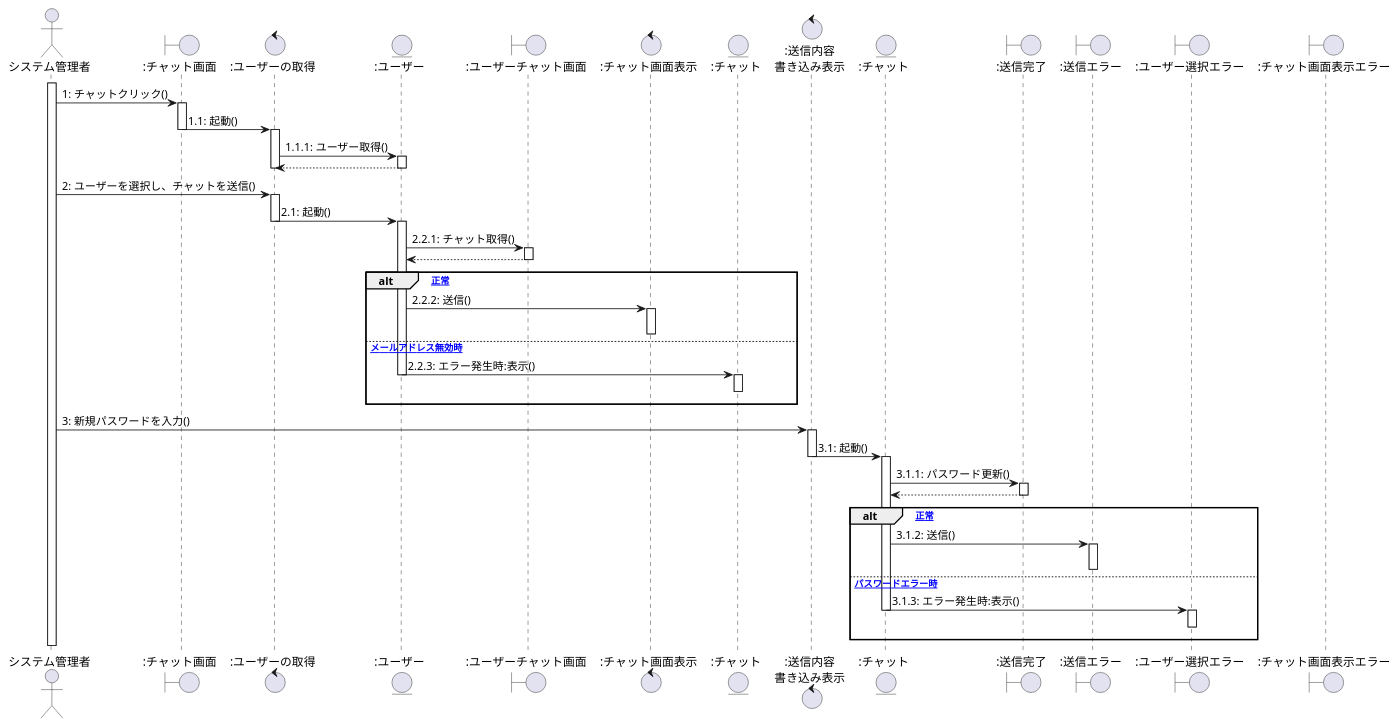
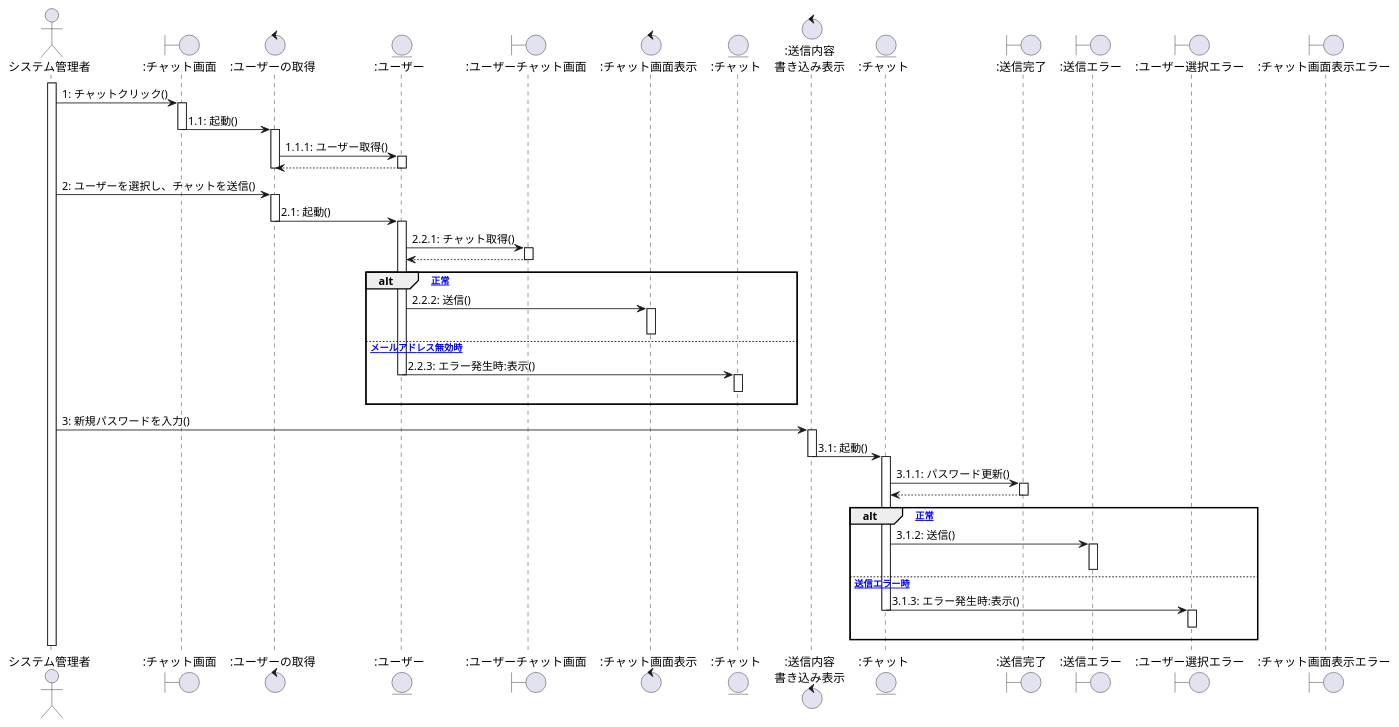
The ninth of 10 diagrams in user1_sequence.plantuml (ksw2270227/GroupF), drawn with PlantUML before and after one commit. The commit also changed other lines of this file and 1 other file, not shown here.

```diff
--- a/user1_sequence.plantuml
+++ b/user1_sequence.plantuml
@@ -331,73 +331,73 @@
 @startuml チャットシーケンス図
 
 actor システム管理者 as 0
 Boundary ":チャット画面" as a
 Control ":ユーザーの取得" as b
 Entity ":ユーザー" as c
 Boundary ":ユーザーチャット画面" as d
 Control ":チャット画面表示" as e
 Entity ":チャット" as f
 Control ":送信内容\n書き込み表示" as g
 Entity ":チャット" as h
 Boundary ":送信完了" as i
 Boundary ":送信エラー" as j
 Boundary ":ユーザー選択エラー" as k
 Boundary ":チャット画面表示エラー" as l
 
 activate 0
     0 -> a :1: チャットクリック()
 activate a
     a -> b :1.1: 起動()
 deactivate a
 activate b
     b -> c :1.1.1: ユーザー取得()
 activate c
     b <-- c
 deactivate b
 deactivate c
 
     0 -> b :2: ユーザーを選択し、チャットを送信()
 activate b
     b -> c :2.1: 起動()
 deactivate b
 activate c
     c -> d :2.2.1: チャット取得()
 activate d
     c <-- d
 deactivate d
 alt [正常]
     c -> e :2.2.2: 送信()
 activate e
 deactivate e
 else [メールアドレス無効時]
     c -> f :2.2.3: エラー発生時:表示()
 deactivate c
 activate f
 f -[hidden]-> f
 deactivate f
 end
 
 activate 0
     0 -> g :3: 新規パスワードを入力()
 activate g
     g -> h :3.1: 起動()
 deactivate g
 activate h
     h -> i :3.1.1: パスワード更新()
 activate i
     h <-- i
 deactivate i
 alt [正常]
     h -> j :3.1.2: 送信()
 activate j
 deactivate j
-else [パスワードエラー時]
+else [送信エラー時]
     h -> k :3.1.3: エラー発生時:表示()
 deactivate h
 activate k
 k -[hidden]-> k
 deactivate k
 end
 deactivate 0
 
 @enduml
```
